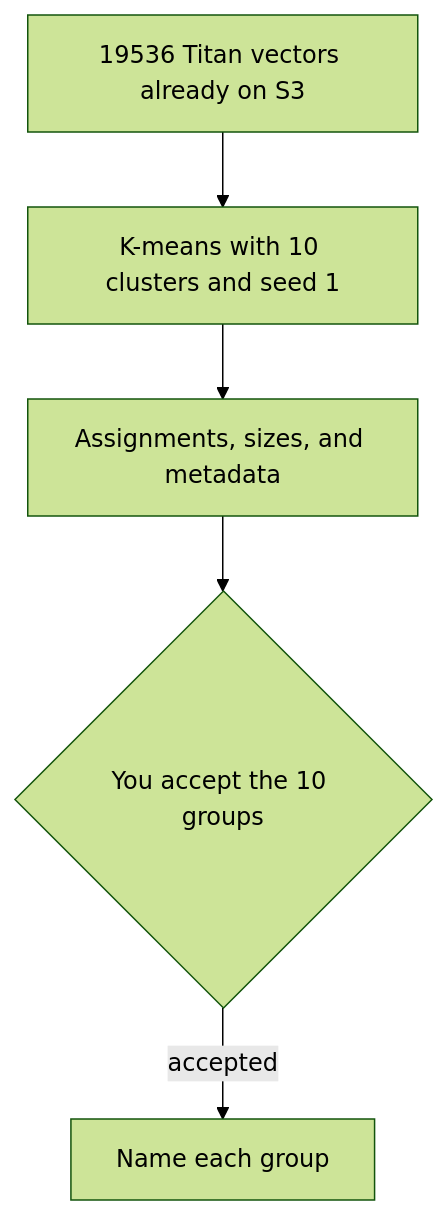
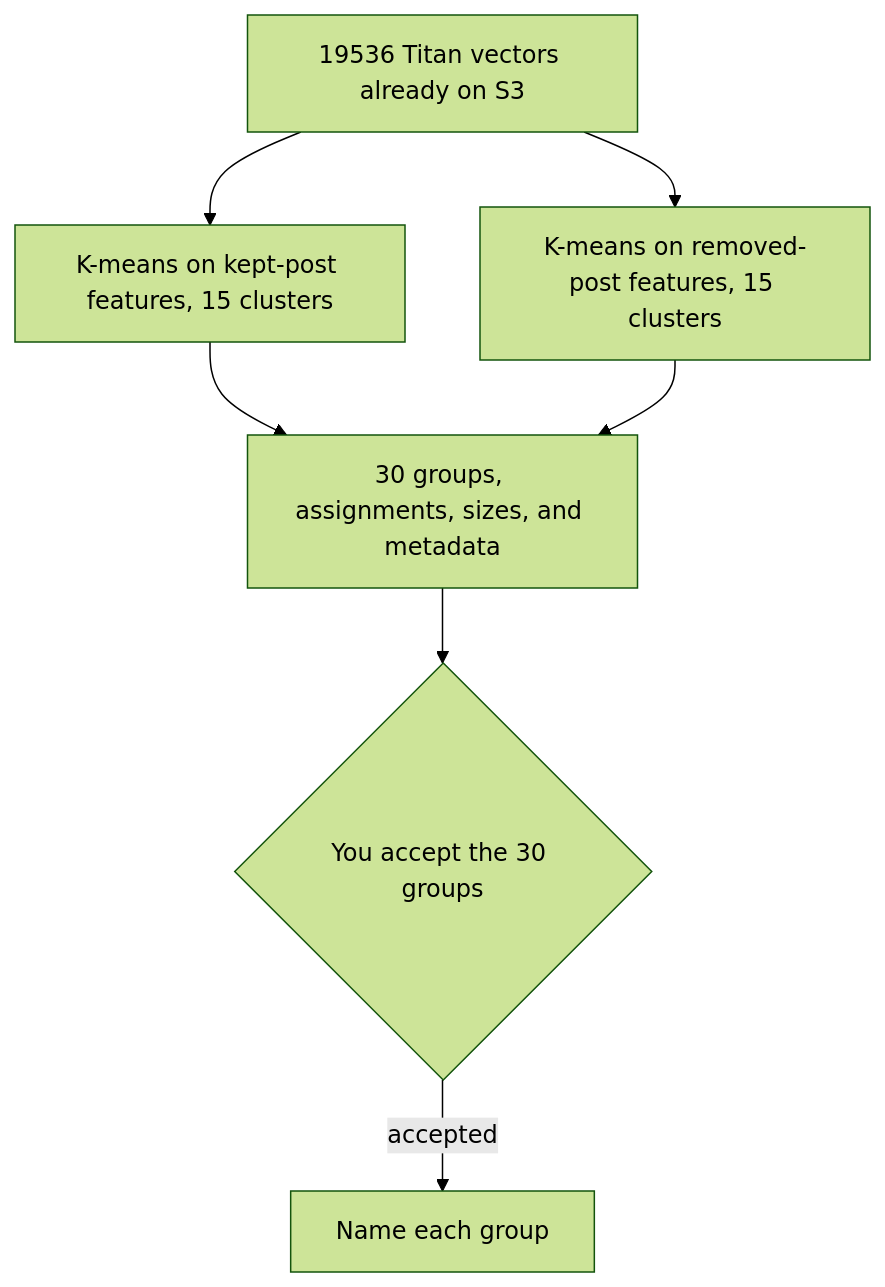
Before and after one commit to METResearchGroup/mirrorView-task: the diagram in docs/plans/2026-09-30_kmeans_ten_clusters_0f9d72/plan.md, drawn with Mermaid (forest theme). The commit also changed other lines of this file, not shown here.

First line of the commit message:
Revise the K-means plan to 15 clusters per post side.

````diff
--- a/docs/plans/2026-09-30_kmeans_ten_clusters_0f9d72/plan.md
+++ b/docs/plans/2026-09-30_kmeans_ten_clusters_0f9d72/plan.md
@@ -19,10 +19,13 @@
 ```mermaid
 flowchart TD
   vectors[19536 Titan vectors already on S3]
-  kmeans[K-means with 10 clusters and seed 1]
-  files[Assignments, sizes, and metadata]
-  review{You accept the 10 groups}
+  kept[K-means on kept-post features, 15 clusters]
+  removed[K-means on removed-post features, 15 clusters]
+  files[30 groups, assignments, sizes, and metadata]
+  review{You accept the 30 groups}
   name[Name each group]
-  vectors --> kmeans --> files --> review
+  vectors --> kept --> files
+  vectors --> removed --> files
+  files --> review
   review -->|accepted| name
 ```
````
